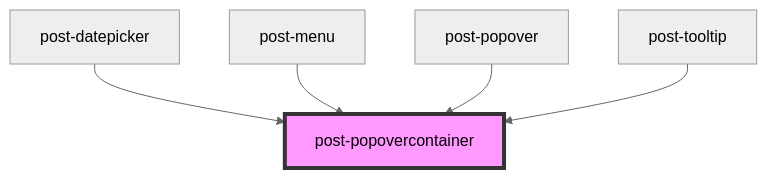
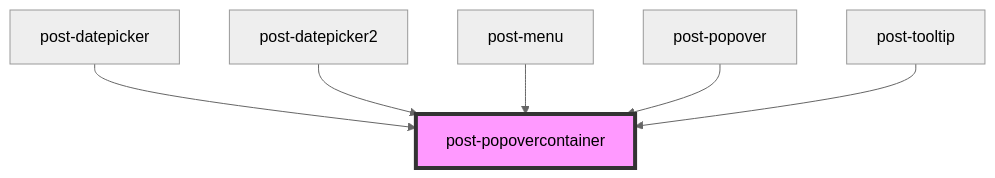
Before and after one commit to swisspost/design-system: the diagram in packages/components/src/components/post-popovercontainer/readme.md, drawn with Mermaid (neutral theme). The commit also changed other lines of this file and 6 other files, not shown here.

````diff
--- a/packages/components/src/components/post-popovercontainer/readme.md
+++ b/packages/components/src/components/post-popovercontainer/readme.md
@@ -88,8 +89,9 @@
 ```mermaid
 graph TD;
   post-datepicker --> post-popovercontainer
+  post-datepicker2 --> post-popovercontainer
   post-menu --> post-popovercontainer
   post-popover --> post-popovercontainer
   post-tooltip --> post-popovercontainer
   style post-popovercontainer fill:#f9f,stroke:#333,stroke-width:4px
 ```
````
